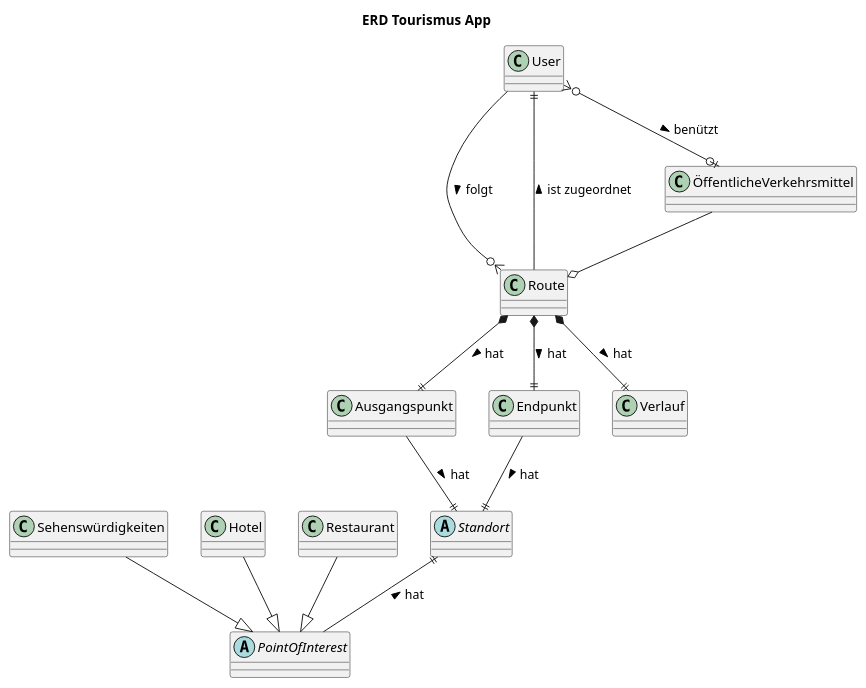
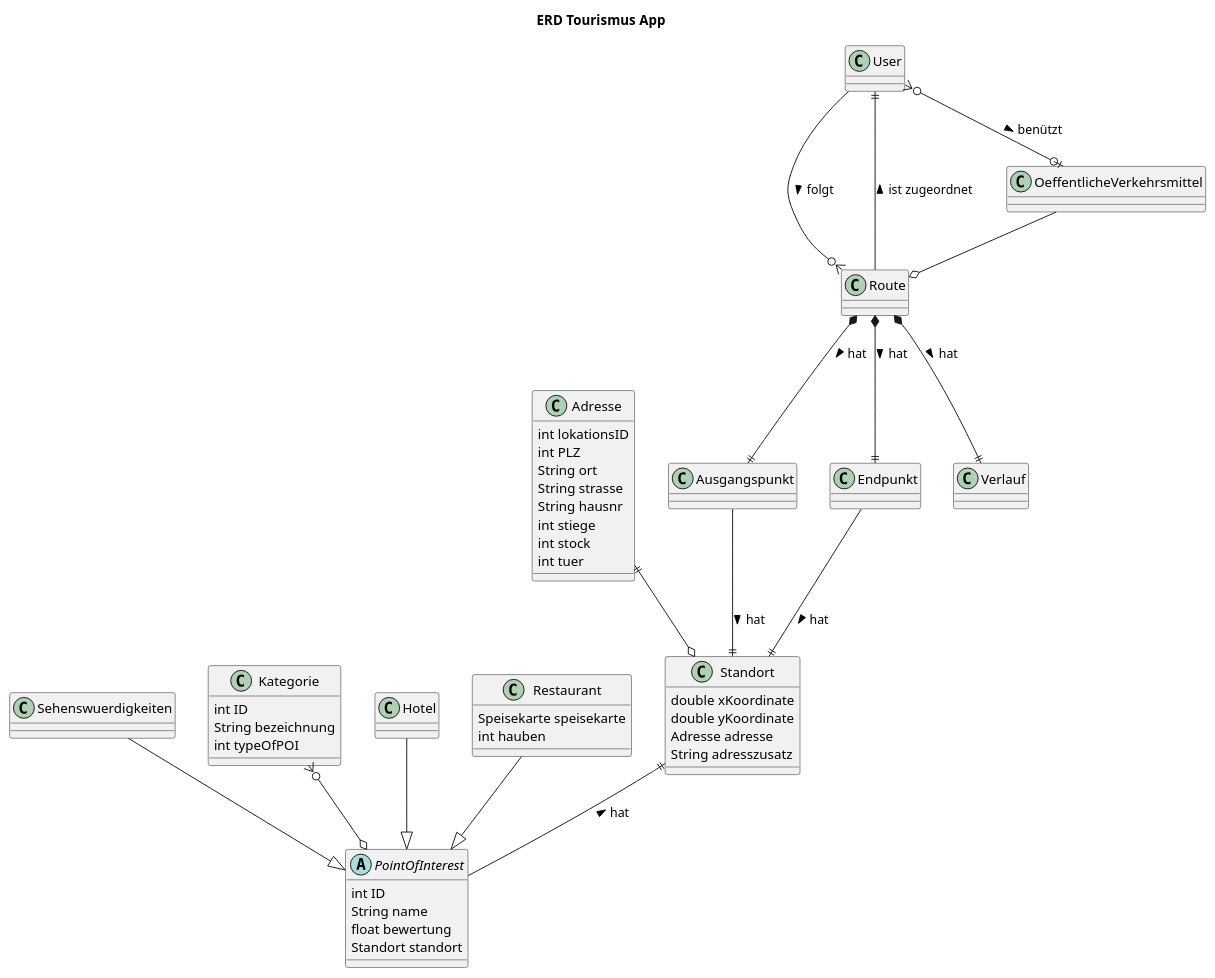
One commit to Zwerg95/HTLLeondingApp changed the diagram in ERD.puml. Above: the diagram before and after it, drawn with PlantUML.

```diff
--- a/ERD.puml
+++ b/ERD.puml
@@ -1,38 +1,71 @@
 @startuml
 'https://plantuml.com/class-diagram
 
 title ERD Tourismus App
 class Route
 class Ausgangspunkt
 class Endpunkt
 class Verlauf
 class User
 
-class Sehenswürdigkeiten
+class Sehenswuerdigkeiten {
+
+}
+
+class Kategorie{
+    int ID 
+    String bezeichnung
+    int typeOfPOI
+}
 class Hotel
-class Restaurant
-class ÖffentlicheVerkehrsmittel
-abstract class Standort
-abstract class PointOfInterest
+class Restaurant {
+Speisekarte speisekarte
+int hauben 
+}
+class OeffentlicheVerkehrsmittel
+class Standort {
+double xKoordinate
+double yKoordinate
+Adresse adresse
+String adresszusatz
+}
+abstract class PointOfInterest {
+int ID
+String name
+float bewertung
+Standort standort 
+}
+
+class Adresse{
+int lokationsID
+int PLZ
+String ort 
+String strasse 
+String hausnr
+int stiege
+int stock 
+int tuer 
+}
+
+Kategorie }o--o PointOfInterest
 
 Route *--|| Ausgangspunkt: > hat
 Route *--|| Endpunkt: > hat
 Route *--|| Verlauf: > hat
 User --o{ Route : folgt >
 User ||-- Route : ist zugeordnet <
 
-User }o--o| ÖffentlicheVerkehrsmittel: > benützt
+User }o--o| OeffentlicheVerkehrsmittel: > benützt
 
-
+Adresse ||--o Standort
 Endpunkt --|| Standort:  > hat
 Ausgangspunkt --|| Standort:  > hat
 
-ÖffentlicheVerkehrsmittel --o Route
+OeffentlicheVerkehrsmittel --o Route
 
 Standort ||-- PointOfInterest: < hat
 
-Sehenswürdigkeiten --|> PointOfInterest
+Sehenswuerdigkeiten --|> PointOfInterest
 Hotel --|> PointOfInterest
 Restaurant --|> PointOfInterest
-
 @enduml
```
